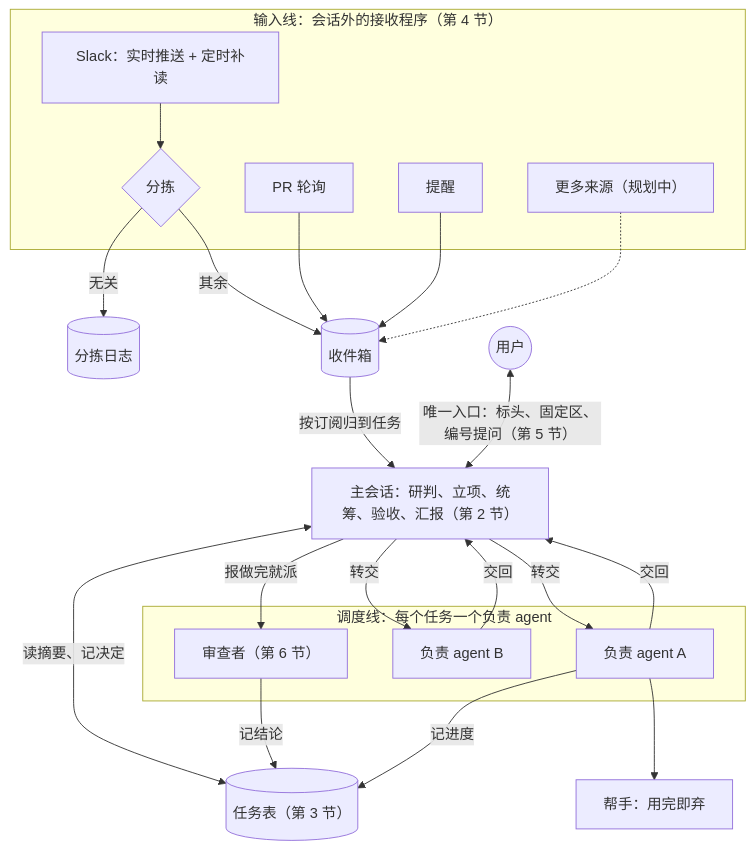
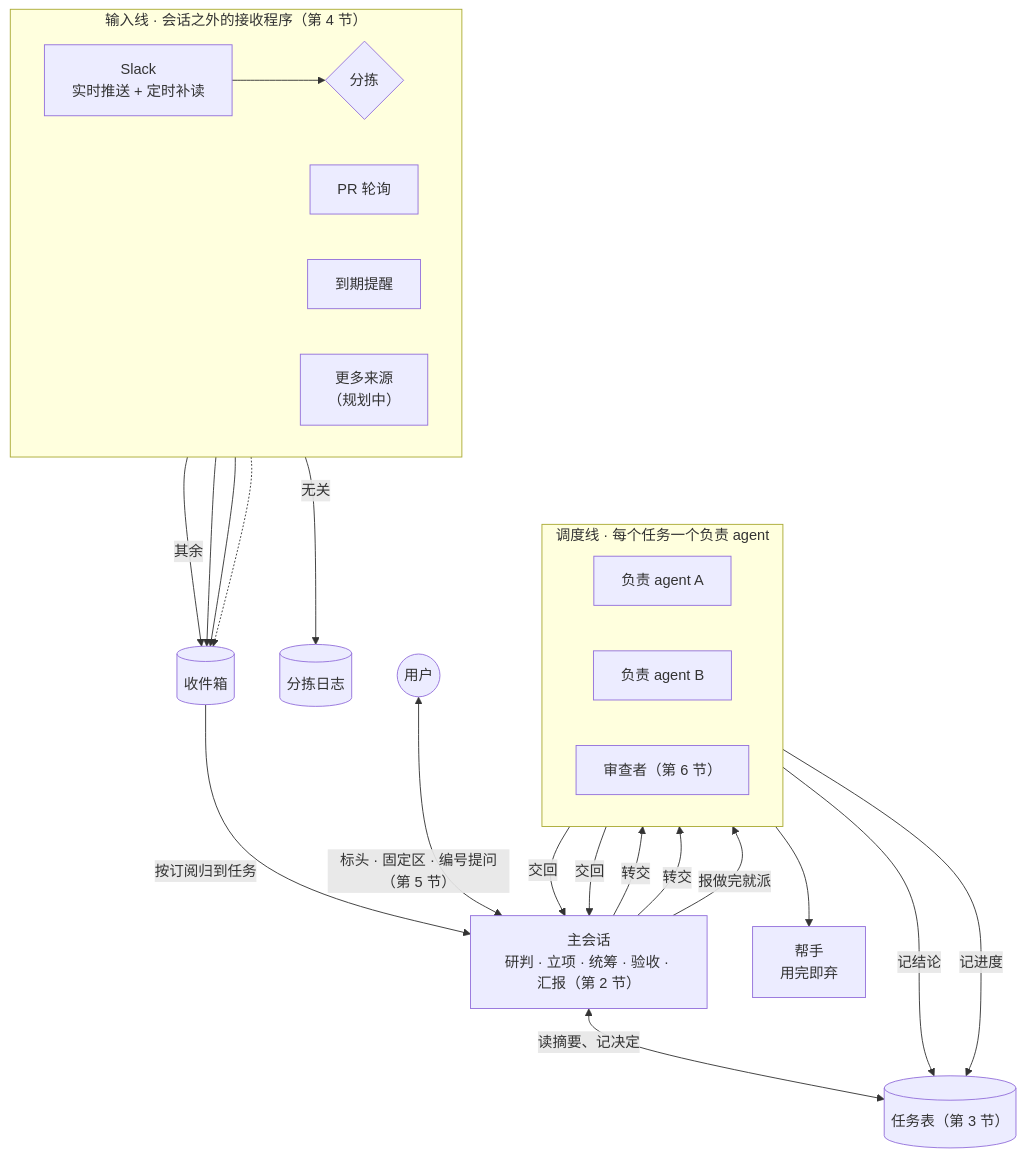
The third of 17 diagrams in docs/注意力稀缺下的harness调度.md (stofancy/omp-chengxiangfu), drawn with Mermaid before and after one commit. The commit also changed other lines of this file and 6 other files, not shown here.

First line of the commit message:
docs(文章): 新增网页版和多种 mermaid 图，1.5 节换成多任务例子

````diff
--- a/docs/注意力稀缺下的harness调度.md
+++ b/docs/注意力稀缺下的harness调度.md
@@ -72,30 +89,30 @@
 ```mermaid
 flowchart TB
-    subgraph SRC["输入线：会话外的接收程序（第 4 节）"]
-        SL["Slack：实时推送 + 定时补读"] --> TR{"分拣"}
+    subgraph SRC["输入线 · 会话之外的接收程序（第 4 节）"]
+        direction LR
+        SL["Slack<br/>实时推送 + 定时补读"] --> TR{"分拣"}
         PR["PR 轮询"]
-        RM["提醒"]
-        MORE["更多来源（规划中）"]
+        RM["到期提醒"]
+        MORE["更多来源<br/>（规划中）"]
     end
     TR -- "无关" --> LOG[("分拣日志")]
     TR -- "其余" --> INBOX[("收件箱")]
     PR --> INBOX
     RM --> INBOX
     MORE -.-> INBOX
     INBOX -- "按订阅归到任务" --> M
-    U(("用户")) <-->|"唯一入口：标头、固定区、编号提问（第 5 节）"| M["主会话：研判、立项、统筹、验收、汇报（第 2 节）"]
+    U(("用户")) <-->|"标头 · 固定区 · 编号提问（第 5 节）"| M["主会话<br/>研判 · 立项 · 统筹 · 验收 · 汇报（第 2 节）"]
     M <-->|"读摘要、记决定"| T[("任务表（第 3 节）")]
-    subgraph DISPATCH["调度线：每个任务一个负责 agent"]
+    subgraph DISPATCH["调度线 · 每个任务一个负责 agent"]
+        direction LR
         O1["负责 agent A"]
         O2["负责 agent B"]
         RV["审查者（第 6 节）"]
     end
-    M -- "转交" --> O1
-    M -- "转交" --> O2
-    O1 --> H["帮手：用完即弃"]
-    O1 -- "交回" --> M
-    O2 -- "交回" --> M
+    M -- "转交" --> O1 & O2
+    O1 & O2 -- "交回" --> M
     M -- "报做完就派" --> RV
+    O1 --> H["帮手<br/>用完即弃"]
     RV -- "记结论" --> T
     O1 -- "记进度" --> T
 ```
````
